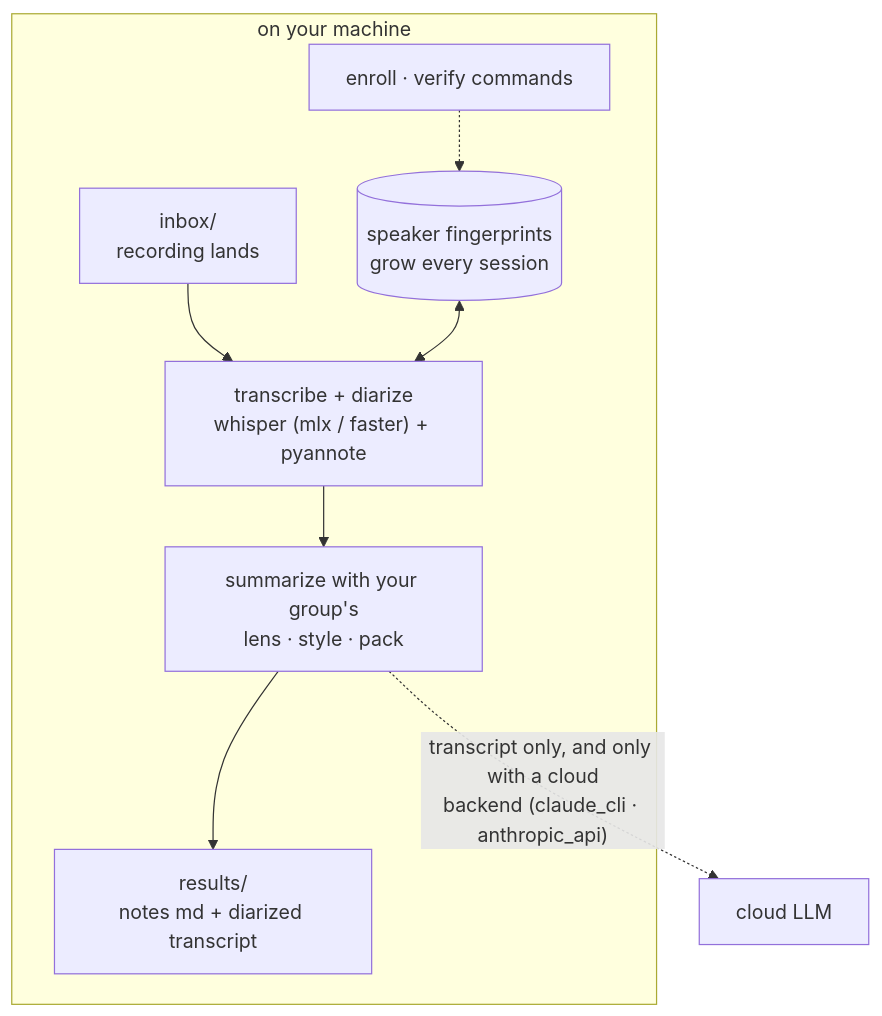
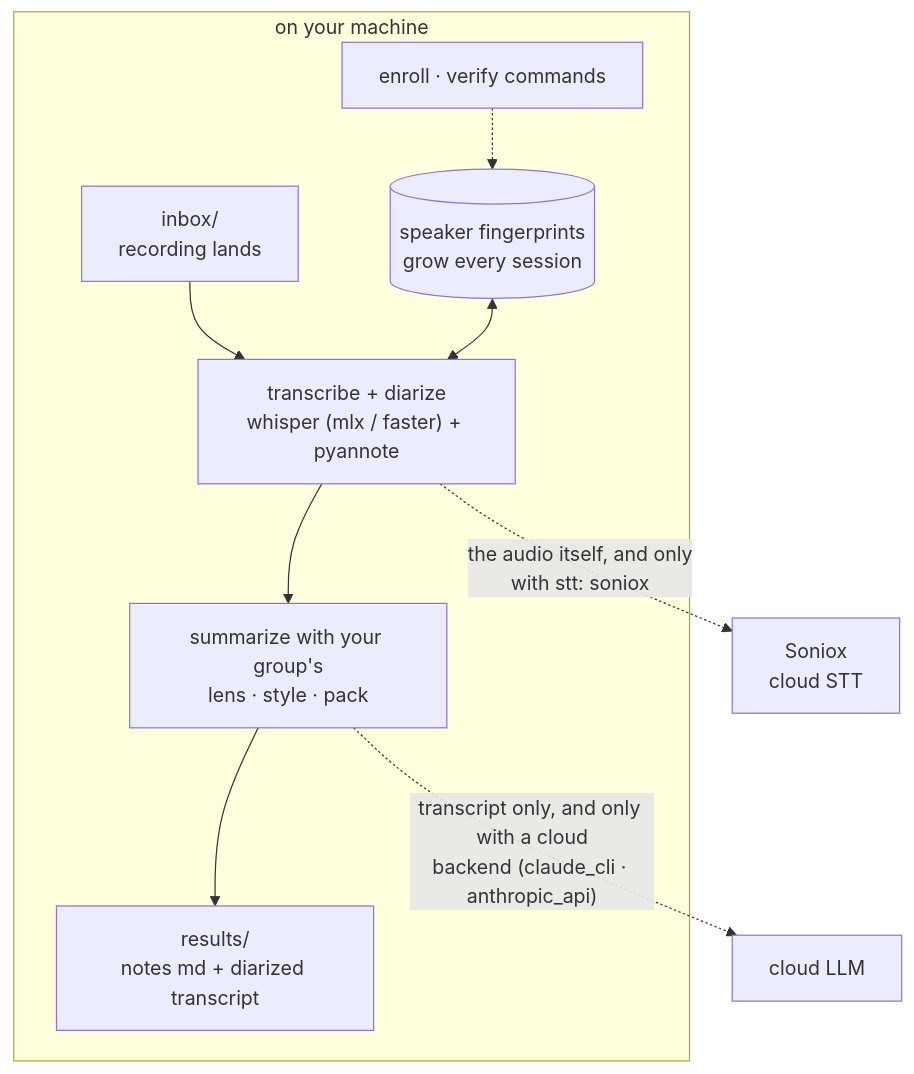
Before and after one commit to kemy-ai/moim-scribe: the diagram in README.md, drawn with Mermaid. The commit also changed other lines of this file and 19 other files, not shown here.

````diff
--- a/README.md
+++ b/README.md
@@ -13,11 +13,12 @@
 ```mermaid
 flowchart TD
     subgraph machine["on your machine"]
         A["inbox/<br>recording lands"] --> B["transcribe + diarize<br>whisper (mlx / faster) + pyannote"]
         FP[("speaker fingerprints<br>grow every session")] <--> B
         B --> C["summarize with your group's<br>lens · style · pack"]
         C --> D["results/<br>notes md + diarized transcript"]
         V["enroll · verify commands"] -.-> FP
     end
+    B -.->|"the audio itself, and only<br>with stt: soniox"| STT["Soniox<br>cloud STT"]
     C -.->|"transcript only, and only with a cloud<br>backend (claude_cli · anthropic_api)"| LLM["cloud LLM"]
 ```
````
